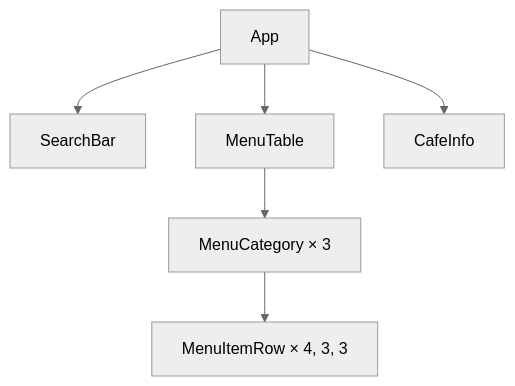
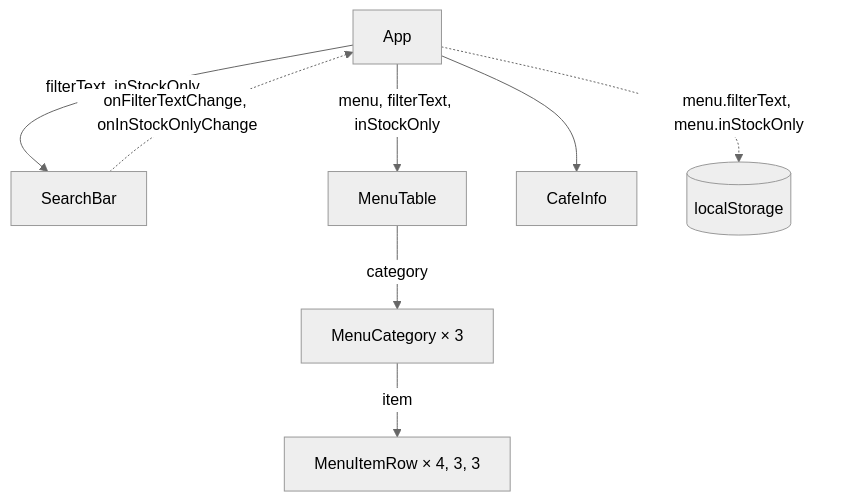
Before and after one commit to andriihnatenko-ux/react-labs: the diagram in lab-4/README.md, drawn with Mermaid (neutral theme). The commit also changed other lines of this file, not shown here.

Commit message:
docs: add the lab 4 data flow

````diff
--- a/lab-4/README.md
+++ b/lab-4/README.md
@@ -31,8 +31,10 @@
 ```mermaid
 flowchart TD
-  App --> SearchBar
-  App --> MenuTable
+  App -->|"filterText, inStockOnly"| SearchBar
+  App -->|"menu, filterText, inStockOnly"| MenuTable
   App --> CafeInfo
-  MenuTable --> MenuCategory["MenuCategory × 3"]
-  MenuCategory --> MenuItemRow["MenuItemRow × 4, 3, 3"]
+  MenuTable -->|category| MenuCategory["MenuCategory × 3"]
+  MenuCategory -->|item| MenuItemRow["MenuItemRow × 4, 3, 3"]
+  SearchBar -.->|"onFilterTextChange, onInStockOnlyChange"| App
+  App -.->|"menu.filterText, menu.inStockOnly"| LocalStorage[("localStorage")]
 ```
````
